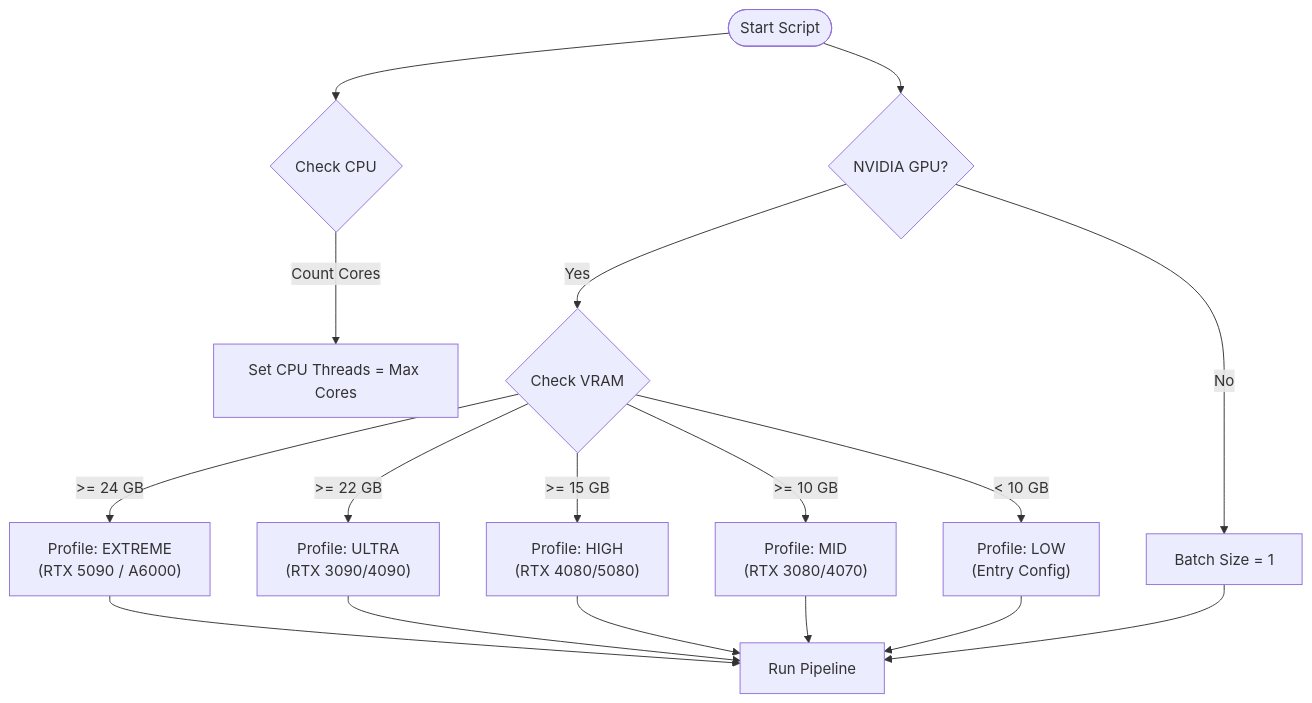
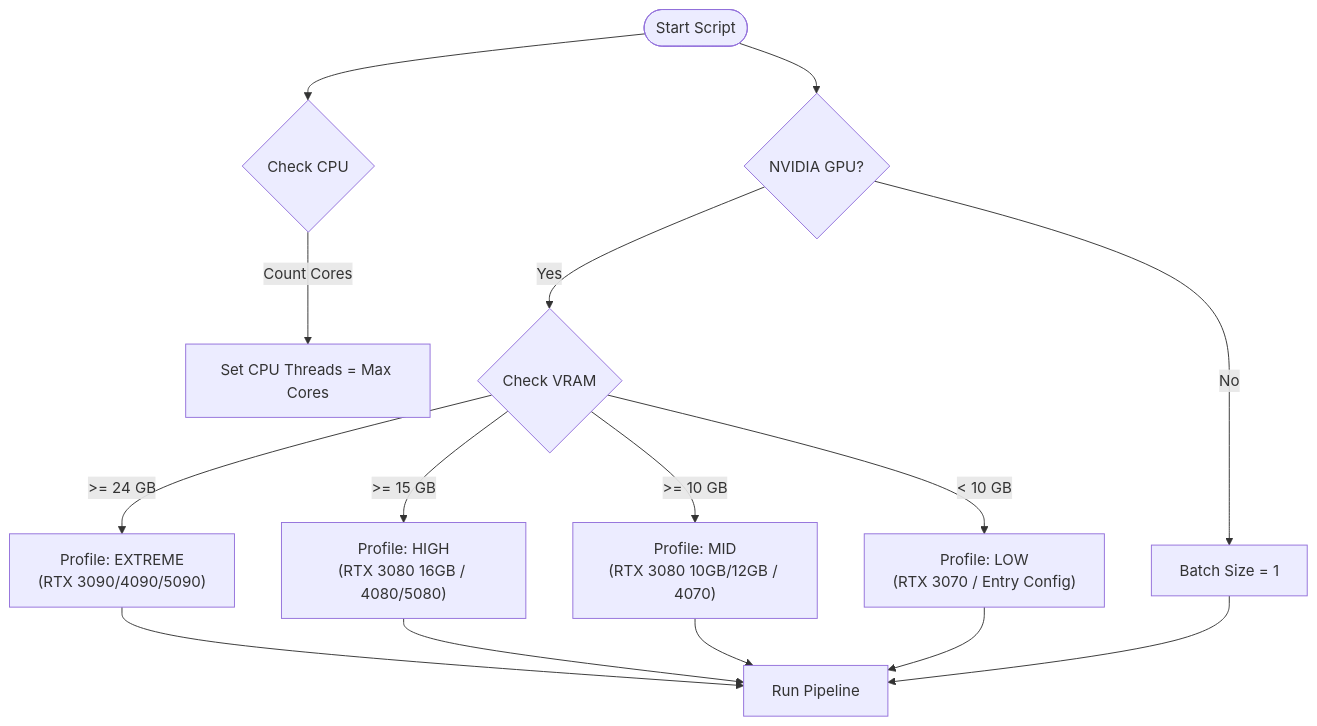
One commit to ventura8/AI-Hybrid-VHS-Audio-Restorer changed the second of 2 diagrams in README.md. Above: the diagram before and after it, drawn with Mermaid. The commit also changed other lines of this file and 82 other files, not shown here.

````diff
--- a/README.md
+++ b/README.md
@@ -140,22 +251,20 @@
 ```mermaid
 flowchart TD
     Start([Start Script]) --> CPU{Check CPU}
     CPU -->|Count Cores| Threads[Set CPU Threads = Max Cores]
     
     Start --> CUDA{NVIDIA GPU?}
     CUDA -- No --> Default[Batch Size = 1]
     CUDA -- Yes --> VRAM{Check VRAM}
     
-    VRAM -- ">= 24 GB" --> EX["Profile: EXTREME<br/>(RTX 5090 / A6000)"]
-    VRAM -- ">= 22 GB" --> E["Profile: ULTRA<br/>(RTX 3090/4090)"]
-    VRAM -- ">= 15 GB" --> F["Profile: HIGH<br/>(RTX 4080/5080)"]
-    VRAM -- ">= 10 GB" --> G["Profile: MID<br/>(RTX 3080/4070)"]
-    VRAM -- "< 10 GB" --> H["Profile: LOW<br/>(Entry Config)"]
+    VRAM -- ">= 24 GB" --> EX["Profile: EXTREME<br/>(RTX 3090/4090/5090)"]
+    VRAM -- ">= 15 GB" --> F["Profile: HIGH<br/>(RTX 3080 16GB / 4080/5080)"]
+    VRAM -- ">= 10 GB" --> G["Profile: MID<br/>(RTX 3080 10GB/12GB / 4070)"]
+    VRAM -- "< 10 GB" --> H["Profile: LOW<br/>(RTX 3070 / Entry Config)"]
     
     EX --> Run[Run Pipeline]
-    E --> Run
     F --> Run
     G --> Run
     H --> Run
     Default --> Run
 ```
````
